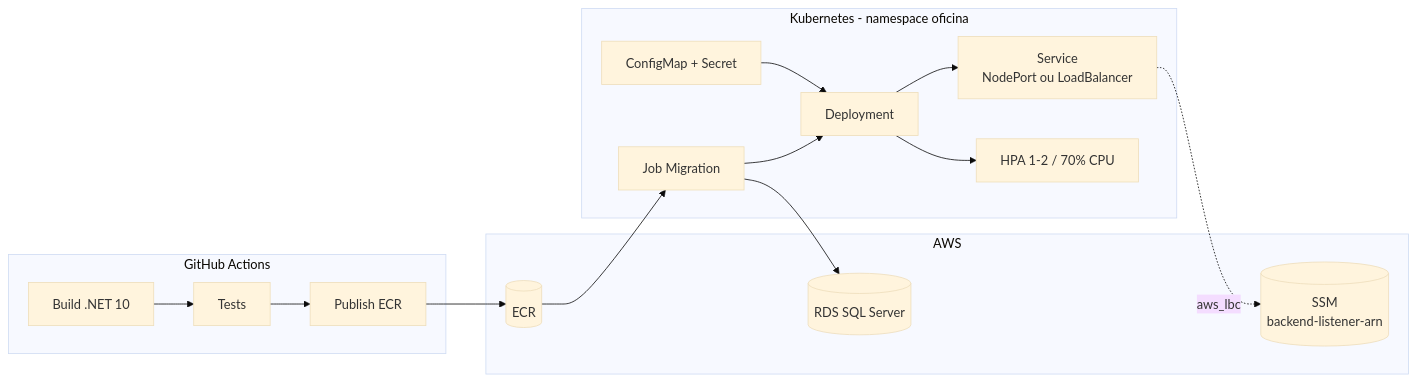
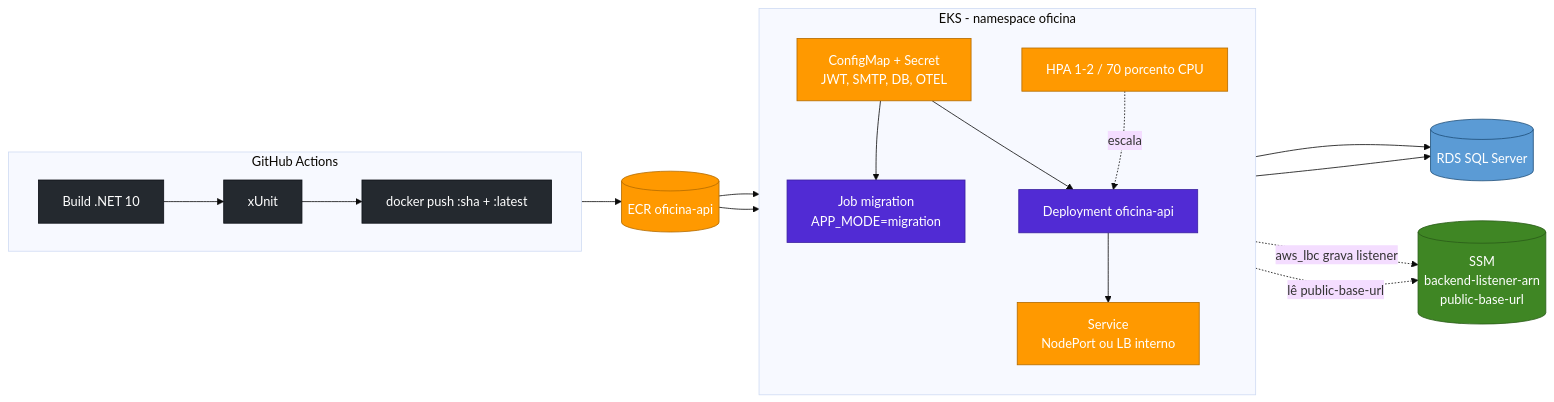
The second of 2 diagrams in README.md (fabianorodrigues/oficina-api), drawn with Mermaid (base theme) before and after one commit. The commit also changed other lines of this file, not shown here.

````diff
--- a/README.md
+++ b/README.md
@@ -69,27 +95,38 @@
 ```mermaid
-graph LR
-  subgraph GH[GitHub Actions]
-    BUILD[Build .NET 10] --> TEST[Tests]
-    TEST --> PUB[Publish ECR]
-  end
-  subgraph AWS[AWS]
-    ECR[(ECR)]
-    RDS[(RDS SQL Server)]
-    SSM[(SSM<br/>backend-listener-arn)]
-  end
-  subgraph K8S[Kubernetes - namespace oficina]
-    CFG[ConfigMap + Secret]
-    MIG[Job Migration]
-    DEP[Deployment]
-    HPA[HPA 1-2 / 70% CPU]
-    SVC[Service<br/>NodePort ou LoadBalancer]
-  end
-  PUB --> ECR
-  ECR --> MIG
-  MIG --> RDS
-  MIG --> DEP
-  CFG --> DEP
-  DEP --> HPA
-  DEP --> SVC
-  SVC -. aws_lbc .-> SSM
+flowchart LR
+    classDef api   fill:#512BD4,color:#fff,stroke:#3A1FA0
+    classDef k8s   fill:#FF9900,color:#fff,stroke:#B36B00
+    classDef db    fill:#5B9BD5,color:#fff,stroke:#1F4E79
+    classDef gh    fill:#24292F,color:#fff,stroke:#0D1117
+    classDef store fill:#3F8624,color:#fff,stroke:#2A5C18
+
+    subgraph GH[GitHub Actions]
+      direction LR
+      BUILD[Build .NET 10]:::gh --> TEST[xUnit]:::gh --> PUSH[docker push :sha + :latest]:::gh
+    end
+
+    ECR[(ECR oficina-api)]:::k8s
+    RDS[(RDS SQL Server)]:::db
+    SSM[(SSM<br/>backend-listener-arn<br/>public-base-url)]:::store
+
+    subgraph K8S[EKS - namespace oficina]
+      direction TB
+      CFG[ConfigMap + Secret<br/>JWT, SMTP, DB, OTEL]:::k8s
+      MIG[Job migration<br/>APP_MODE=migration]:::api
+      DEP[Deployment oficina-api]:::api
+      HPA[HPA 1-2 / 70 porcento CPU]:::k8s
+      SVC[Service<br/>NodePort ou LB interno]:::k8s
+    end
+
+    PUSH --> ECR
+    ECR --> MIG
+    ECR --> DEP
+    CFG --> MIG
+    CFG --> DEP
+    MIG --> RDS
+    DEP --> RDS
+    HPA -. escala .-> DEP
+    DEP --> SVC
+    SVC -. aws_lbc grava listener .-> SSM
+    DEP -. lê public-base-url .-> SSM
 ```
````
